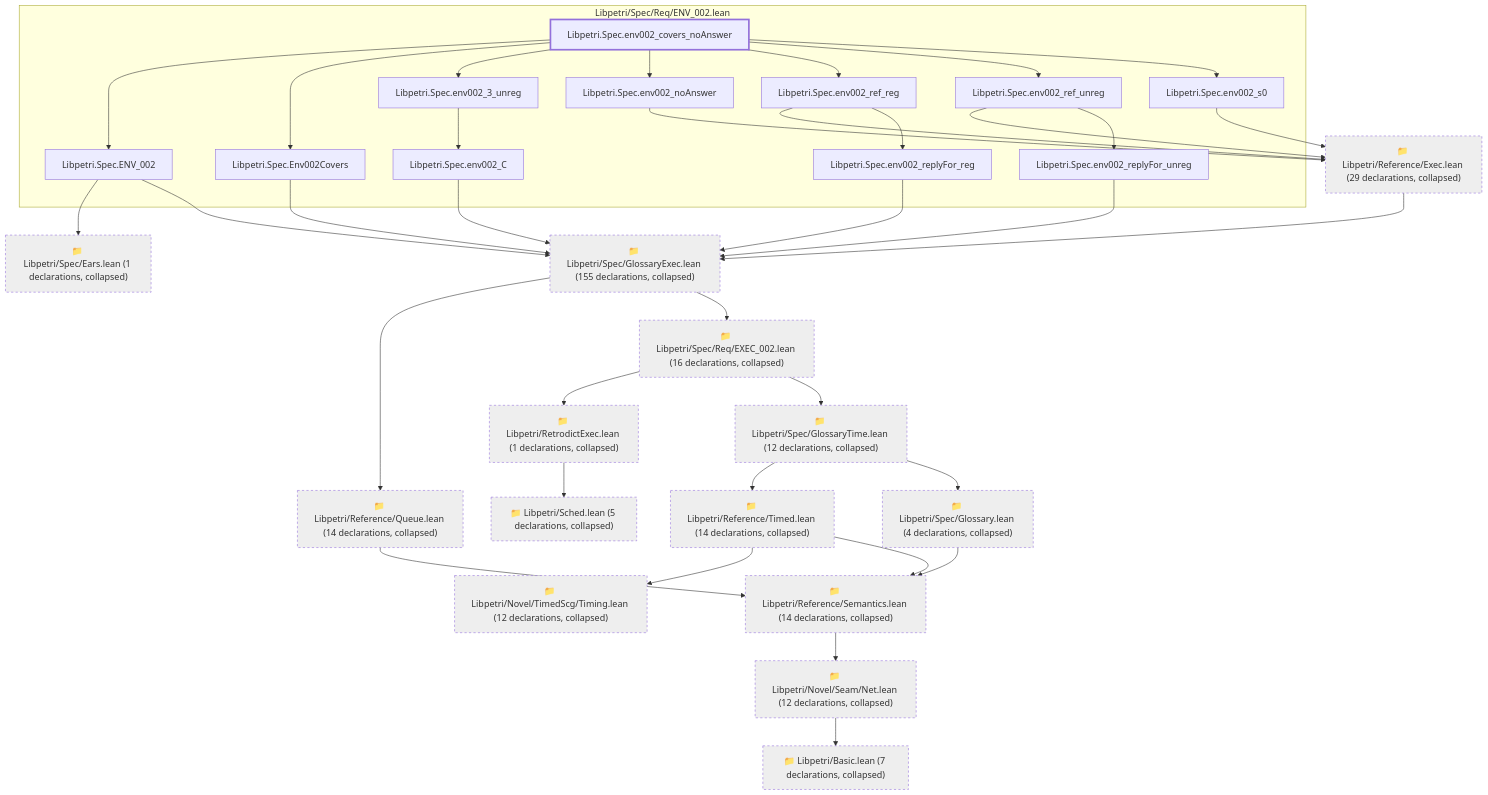
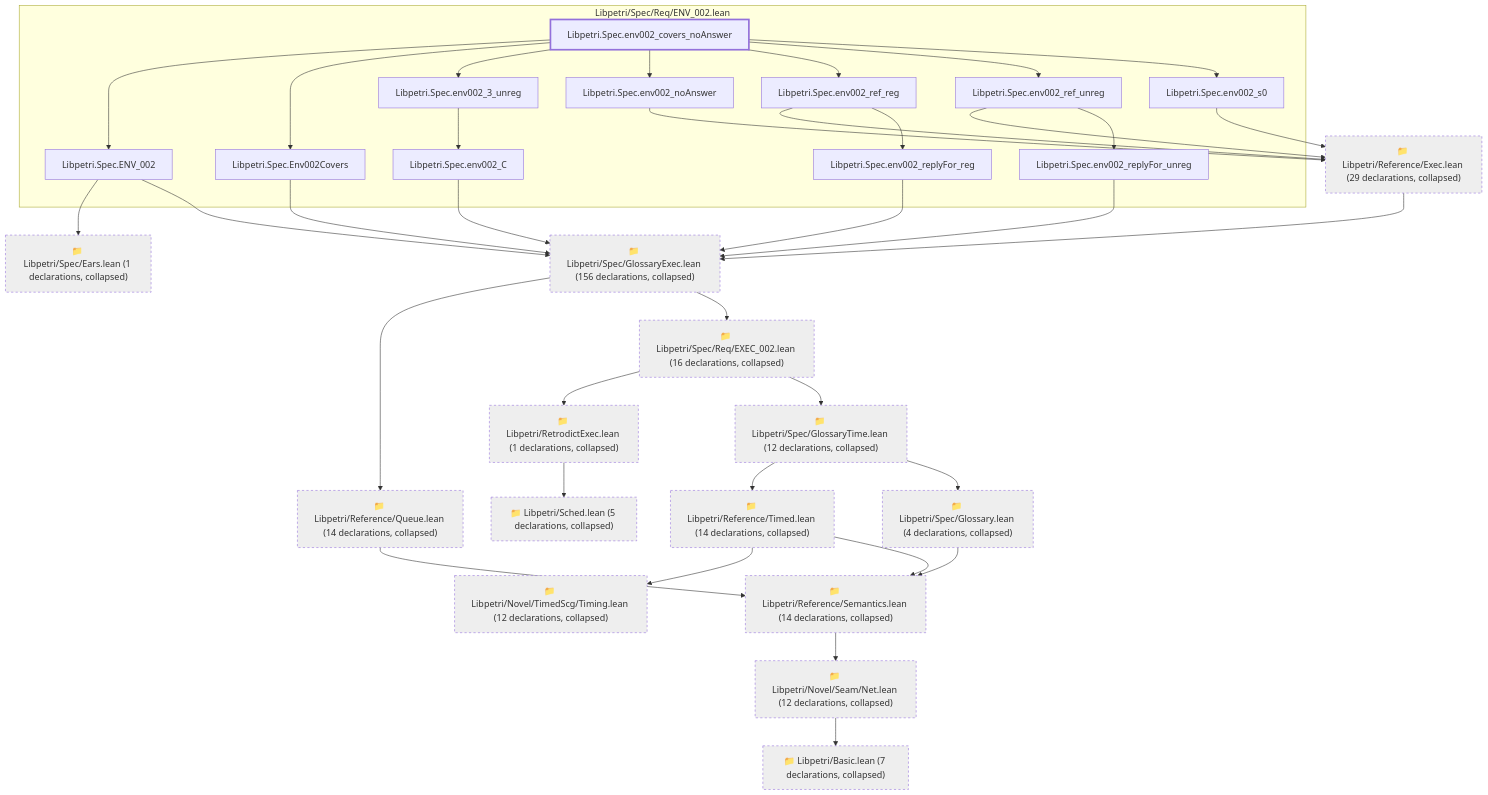
One commit to debe/libpetri changed the first of 6 diagrams in lean/graph/requirements/ENV-002.md. Above: the diagram before and after it, drawn with Mermaid. The commit also changed other lines of this file and 393 other files, not shown here.

First line of the commit message:
feat(spec): AI sign-off of every Lean requirement block; defect ledger closed

````diff
--- a/lean/graph/requirements/ENV-002.md
+++ b/lean/graph/requirements/ENV-002.md
@@ -19,69 +20,69 @@
 ```mermaid
 flowchart TD
   subgraph g0["Libpetri/Spec/Req/ENV_002.lean"]
-    n6112["Libpetri.Spec.ENV_002"]
-    n7131["Libpetri.Spec.Env002Covers"]
-    n14136["Libpetri.Spec.env002_3_unreg"]
-    n14137["Libpetri.Spec.env002_C"]
-    n14138["Libpetri.Spec.env002_covers_noAnswer"]
-    n14151["Libpetri.Spec.env002_noAnswer"]
-    n14156["Libpetri.Spec.env002_ref_reg"]
-    n14157["Libpetri.Spec.env002_ref_unreg"]
-    n14161["Libpetri.Spec.env002_replyFor_reg"]
-    n14162["Libpetri.Spec.env002_replyFor_unreg"]
-    n14163["Libpetri.Spec.env002_s0"]
+    n6142["Libpetri.Spec.ENV_002"]
+    n7187["Libpetri.Spec.Env002Covers"]
+    n14351["Libpetri.Spec.env002_3_unreg"]
+    n14352["Libpetri.Spec.env002_C"]
+    n14353["Libpetri.Spec.env002_covers_noAnswer"]
+    n14367["Libpetri.Spec.env002_noAnswer"]
+    n14372["Libpetri.Spec.env002_ref_reg"]
+    n14373["Libpetri.Spec.env002_ref_unreg"]
+    n14377["Libpetri.Spec.env002_replyFor_reg"]
+    n14378["Libpetri.Spec.env002_replyFor_unreg"]
+    n14379["Libpetri.Spec.env002_s0"]
   end
   c0["📁 Libpetri/Basic.lean (7 declarations, collapsed)"]
   c54["📁 Libpetri/Novel/Seam/Net.lean (12 declarations, collapsed)"]
   c66["📁 Libpetri/Novel/TimedScg/Timing.lean (12 declarations, collapsed)"]
   c80["📁 Libpetri/Reference/Exec.lean (29 declarations, collapsed)"]
   c91["📁 Libpetri/Reference/Queue.lean (14 declarations, collapsed)"]
   c94["📁 Libpetri/Reference/Semantics.lean (14 declarations, collapsed)"]
   c98["📁 Libpetri/Reference/Timed.lean (14 declarations, collapsed)"]
   c103["📁 Libpetri/RetrodictExec.lean (1 declarations, collapsed)"]
   c109["📁 Libpetri/Sched.lean (5 declarations, collapsed)"]
   c131["📁 Libpetri/Spec/Ears.lean (1 declarations, collapsed)"]
   c132["📁 Libpetri/Spec/Glossary.lean (4 declarations, collapsed)"]
-  c139["📁 Libpetri/Spec/GlossaryExec.lean (155 declarations, collapsed)"]
+  c139["📁 Libpetri/Spec/GlossaryExec.lean (156 declarations, collapsed)"]
   c146["📁 Libpetri/Spec/GlossaryTime.lean (12 declarations, collapsed)"]
   c232["📁 Libpetri/Spec/Req/EXEC_002.lean (16 declarations, collapsed)"]
   c54 --> c0
   c80 --> c139
   c91 --> c94
   c94 --> c54
   c98 --> c66
   c98 --> c94
   c103 --> c109
   c132 --> c94
   c139 --> c91
   c139 --> c232
   c146 --> c98
   c146 --> c132
   c232 --> c103
   c232 --> c146
-  n6112 --> c131
-  n6112 --> c139
-  n7131 --> c139
-  n14136 --> n14137
-  n14137 --> c139
-  n14138 --> n6112
-  n14138 --> n7131
-  n14138 --> n14136
-  n14138 --> n14151
-  n14138 --> n14156
-  n14138 --> n14157
-  n14138 --> n14163
-  n14151 --> c80
-  n14156 --> c80
-  n14156 --> n14161
-  n14157 --> c80
-  n14157 --> n14162
-  n14161 --> c139
-  n14162 --> c139
-  n14163 --> c80
+  n6142 --> c131
+  n6142 --> c139
+  n7187 --> c139
+  n14351 --> n14352
+  n14352 --> c139
+  n14353 --> n6142
+  n14353 --> n7187
+  n14353 --> n14351
+  n14353 --> n14367
+  n14353 --> n14372
+  n14353 --> n14373
+  n14353 --> n14379
+  n14367 --> c80
+  n14372 --> c80
+  n14372 --> n14377
+  n14373 --> c80
+  n14373 --> n14378
+  n14377 --> c139
+  n14378 --> c139
+  n14379 --> c80
   classDef root stroke-width:3px
   classDef locked fill:#fff3cd,stroke:#b8860b
   classDef collapsed fill:#eeeeee,stroke-dasharray:4 4
-  class n14138 root
+  class n14353 root
   class c0,c54,c66,c80,c91,c94,c98,c103,c109,c131,c132,c139,c146,c232 collapsed
 ```
````
